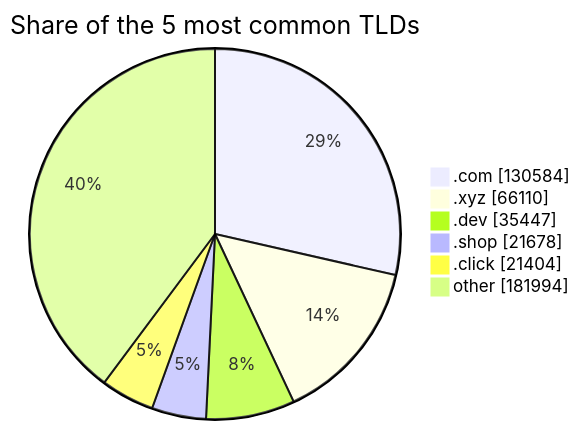
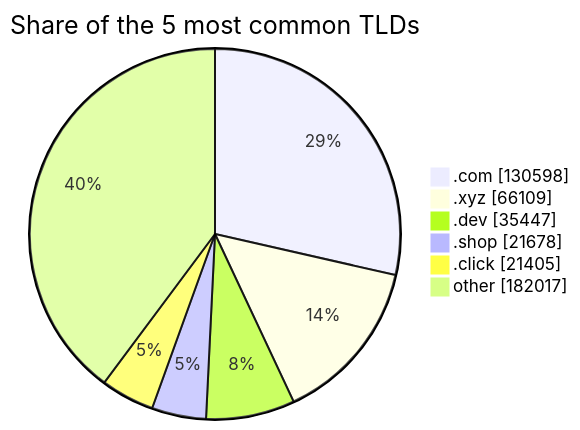
One commit to DNSBunker/CTI changed the third of 3 diagrams in README.md. Above: the diagram before and after it, drawn with Mermaid. The commit also changed other lines of this file and 3 other files, not shown here.

````diff
--- a/README.md
+++ b/README.md
@@ -81,9 +81,9 @@
 ```mermaid
 pie showData title Share of the 5 most common TLDs
-    ".com" : 130584
-    ".xyz" : 66110
+    ".com" : 130598
+    ".xyz" : 66109
     ".dev" : 35447
     ".shop" : 21678
-    ".click" : 21404
-    "other" : 181994
+    ".click" : 21405
+    "other" : 182017
 ```
````
